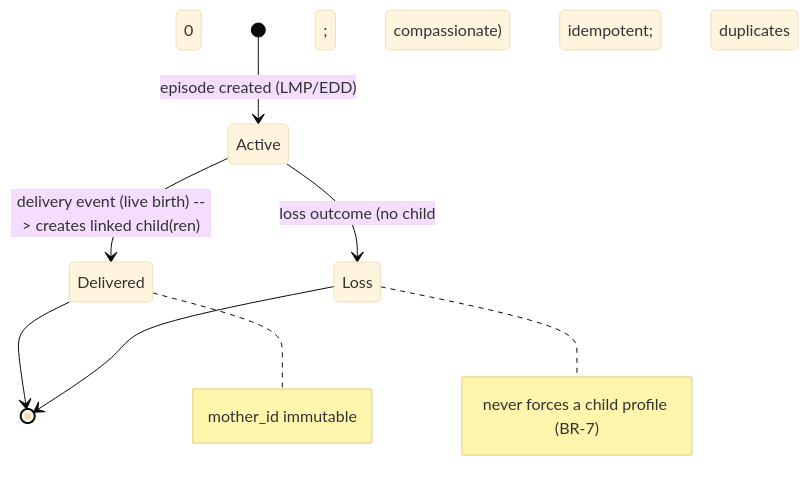
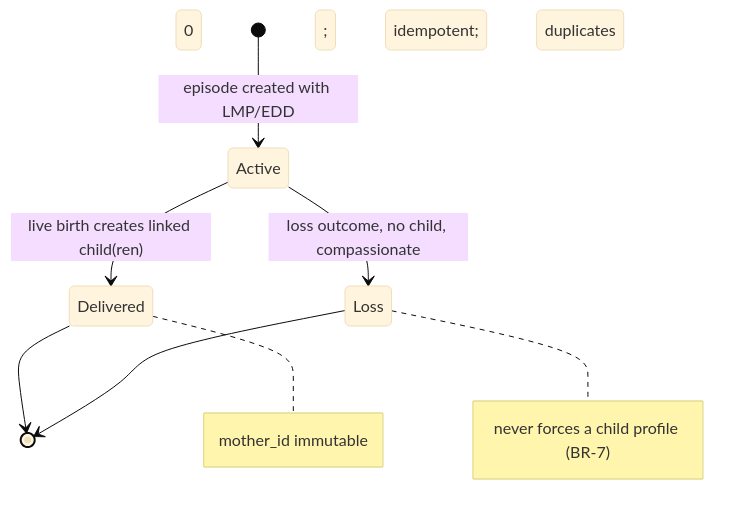
One commit to ihkarise/Wise-Bloom-Care changed the second of 2 diagrams in docs/08-Timeline/111-DELIVERY_TRANSITION.md. Above: the diagram before and after it, drawn with Mermaid (base theme). The commit also changed 5 other files, not shown here.

````diff
--- a/docs/08-Timeline/111-DELIVERY_TRANSITION.md
+++ b/docs/08-Timeline/111-DELIVERY_TRANSITION.md
@@ -60,10 +60,10 @@
 ```mermaid
 stateDiagram-v2
-    [*] --> Active: episode created (LMP/EDD)
-    Active --> Delivered: delivery event (live birth) --> creates linked child(ren)
-    Active --> Loss: loss outcome (no child; compassionate)
+    [*] --> Active: episode created with LMP/EDD
+    Active --> Delivered: live birth creates linked child(ren)
+    Active --> Loss: loss outcome, no child, compassionate
     Delivered --> [*]
     Loss --> [*]
     note right of Delivered: mother_id immutable; idempotent; 0 duplicates
     note right of Loss: never forces a child profile (BR-7)
 ```
````
